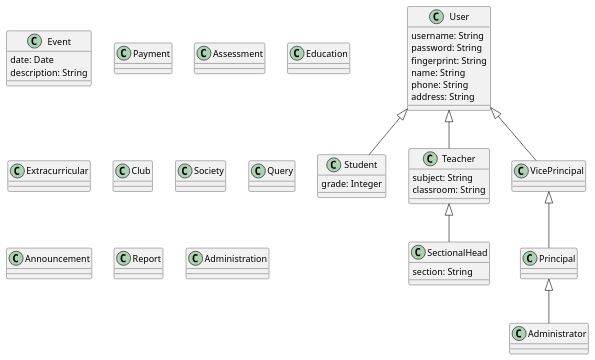
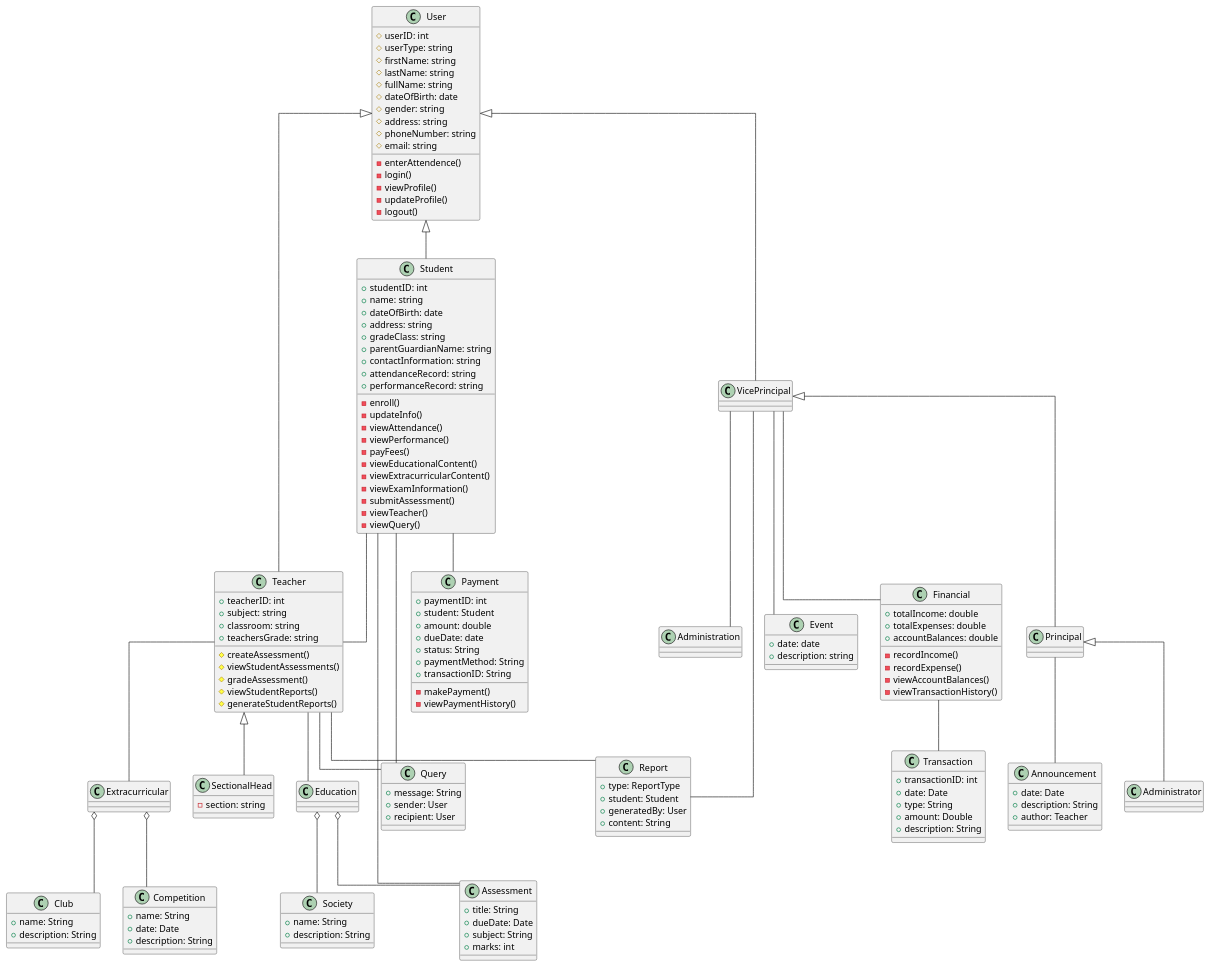
Before and after one commit to AdithyaSean/School-Management-System: the diagram in School Management System Class Diagram.puml, drawn with PlantUML.

```diff
--- a/School Management System Class Diagram.puml
+++ b/School Management System Class Diagram.puml
@@ -1,80 +1,189 @@
 @startuml School Management System
+
+skinparam linetype ortho
 
 User <|-- Student
 User <|-- Teacher
 User <|-- VicePrincipal
 Teacher <|-- SectionalHead
 VicePrincipal <|-- Principal
 Principal <|-- Administrator
 
+Education o-- Assessment
+Education o-- Society
+Student -- Payment
+Student -- Query
+Student -- Assessment
+Student -- Teacher
+Teacher -- Education
+Teacher -- Extracurricular
+Teacher -- Report
+Teacher -- Query
+Extracurricular o-- Club
+Extracurricular o-- Competition
+VicePrincipal -- Administration
+VicePrincipal -- Report
+VicePrincipal -- Event
+VicePrincipal -- Financial
+Principal -- Announcement
+
+Financial -- Transaction
+
 class User {
+  # userID: int
+  # userType: string
+  # firstName: string
+  # lastName: string
+  # fullName: string
+  # dateOfBirth: date
+  # gender: string
+  # address: string
+  # phoneNumber: string
+  # email: string
 
-  username: String
-  password: String
-  fingerprint: String
-  name: String
-  phone: String
-  address: String
+  - enterAttendence()
+  - login()
+  - viewProfile()
+  - updateProfile()
+  - logout()
 }
 
 class Student {
+  + studentID: int
+  + name: string
+  + dateOfBirth: date
+  + address: string
+  + gradeClass: string
+  + parentGuardianName: string
+  + contactInformation: string
+  + attendanceRecord: string
+  + performanceRecord: string
 
-  grade: Integer
+  - enroll()
+  - updateInfo()
+  - viewAttendance()
+  - viewPerformance()
+  - payFees()
+  - viewEducationalContent()
+  - viewExtracurricularContent()
+  - viewExamInformation()
+  - submitAssessment()
+  - viewTeacher()
+  - viewQuery()
 }
 
 class Teacher {
+  + teacherID: int
+  + subject: string
+  + classroom: string
+  + teachersGrade: string
 
-  subject: String
-  classroom: String
+  # createAssessment()
+  # viewStudentAssessments()
+  # gradeAssessment()
+  # viewStudentReports()
+  # generateStudentReports()
 }
 
 class SectionalHead {
-  section: String
+  - section: string
 }
 
 class VicePrincipal {
 }
 
 class Principal {
 }
 
 class Administrator {
 }
 
 class Event {
-
-  date: Date
-  description: String
+  + date: date
+  + description: string
 }
 
 class Payment {
+  + paymentID: int
+  + student: Student
+  + amount: double
+  + dueDate: date
+  + status: String
+  + paymentMethod: String
+  + transactionID: String
+
+  - makePayment()
+  - viewPaymentHistory()
+}
+
+class Financial {
+  + totalIncome: double
+  + totalExpenses: double
+  + accountBalances: double
+
+  - recordIncome()
+  - recordExpense()
+  - viewAccountBalances()
+  - viewTransactionHistory()
+}
+
+class Transaction {
+  + transactionID: int
+  + date: Date
+  + type: String
+  + amount: Double
+  + description: String
 }
 
 class Assessment {
+  + title: String
+  + dueDate: Date
+  + subject: String
+  + marks: int
 }
 
 class Education {
 }
 
 class Extracurricular {
 }
 
 class Club {
+  + name: String
+  + description: String
+}
+
+class Competition {
+  + name: String
+  + date: Date
+  + description: String
 }
 
 class Society {
+  + name: String
+  + description: String
 }
 
 class Query {
+  + message: String
+  + sender: User
+  + recipient: User
 }
 
 class Announcement {
+  + date: Date
+  + description: String
+  + author: Teacher
 }
 
 class Report {
+  + type: ReportType
+  + student: Student
+  + generatedBy: User
+  + content: String
 }
 
 class Administration {
 }
 
 @enduml
```
